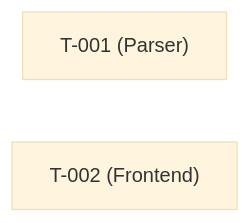
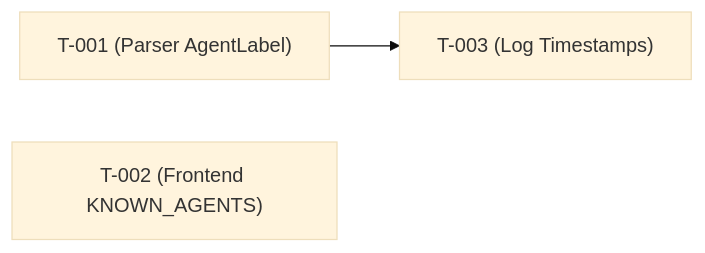
One commit to brainwang/agentsview changed the diagram in docs/specs/SPEC-AV-001/tasks.md. Above: the diagram before and after it, drawn with Mermaid (base theme). The commit also changed other lines of this file and 1 other file, not shown here.

````diff
--- a/docs/specs/SPEC-AV-001/tasks.md
+++ b/docs/specs/SPEC-AV-001/tasks.md
@@ -49,5 +63,7 @@
 ```mermaid
 flowchart LR
-    T001["T-001 (Parser)"]
-    T002["T-002 (Frontend)"]
+    T001["T-001 (Parser AgentLabel)"]
+    T002["T-002 (Frontend KNOWN_AGENTS)"]
+    T003["T-003 (Log Timestamps)"]
+    T001 --> T003
 ```
````
